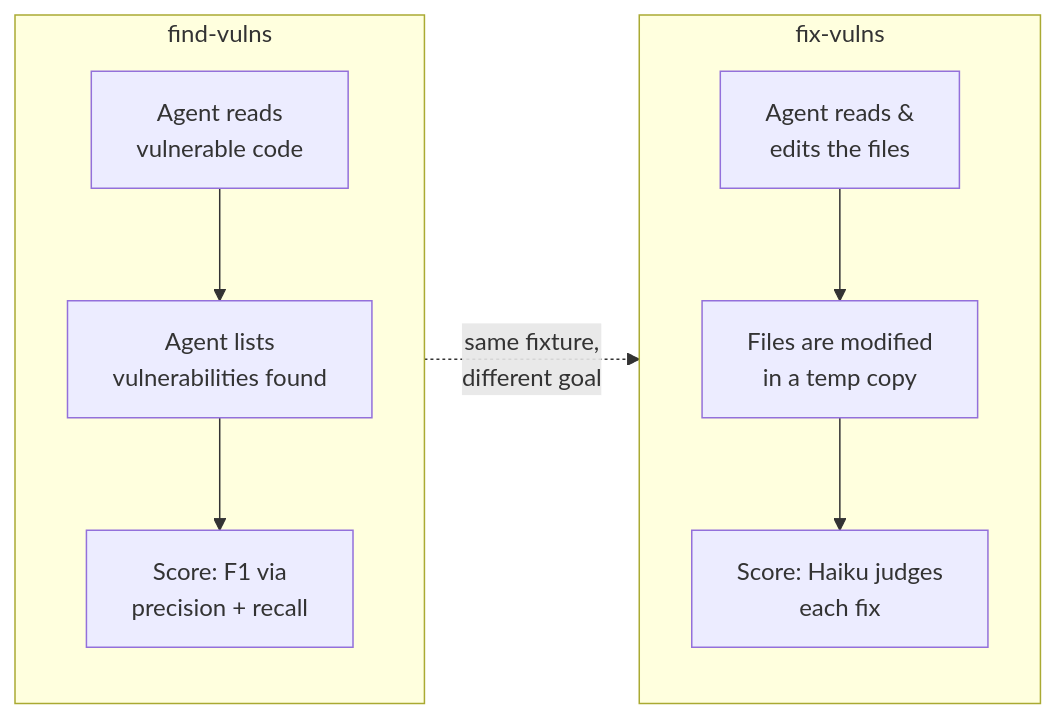
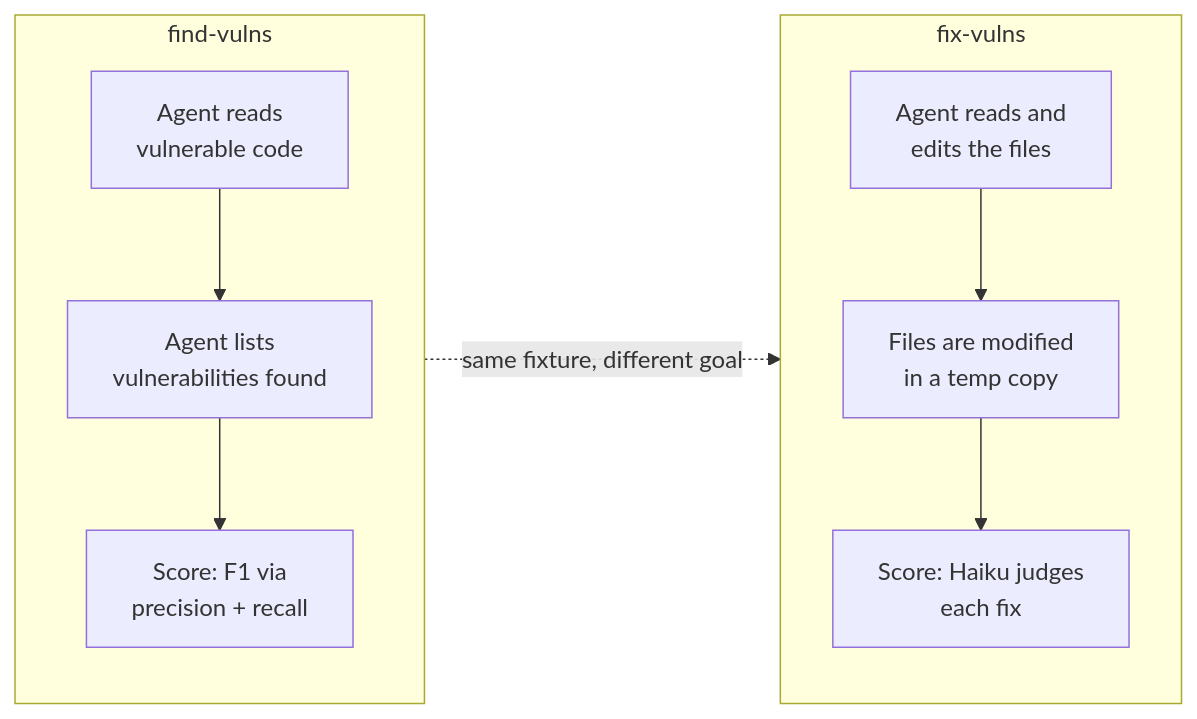
The third of 5 diagrams in docs/benchmark.md (lirantal/coding-agent-security-benchmark), drawn with Mermaid before and after one commit. The commit also changed other lines of this file and 10 other files, not shown here.

````diff
--- a/docs/benchmark.md
+++ b/docs/benchmark.md
@@ -176,18 +185,18 @@
 ```mermaid
 flowchart LR
     subgraph FV["find-vulns"]
         direction TB
         FV1["Agent reads\nvulnerable code"] --> FV2
         FV2["Agent lists\nvulnerabilities found"] --> FV3
         FV3["Score: F1 via\nprecision + recall"]
     end
 
     subgraph FX["fix-vulns"]
         direction TB
-        FX1["Agent reads &\nedits the files"] --> FX2
+        FX1["Agent reads and\nedits the files"] --> FX2
         FX2["Files are modified\nin a temp copy"] --> FX3
         FX3["Score: Haiku judges\neach fix"]
     end
 
-    FV -. "same fixture,\ndifferent goal" .-> FX
+    FV -. "same fixture, different goal" .-> FX
 ```
````
